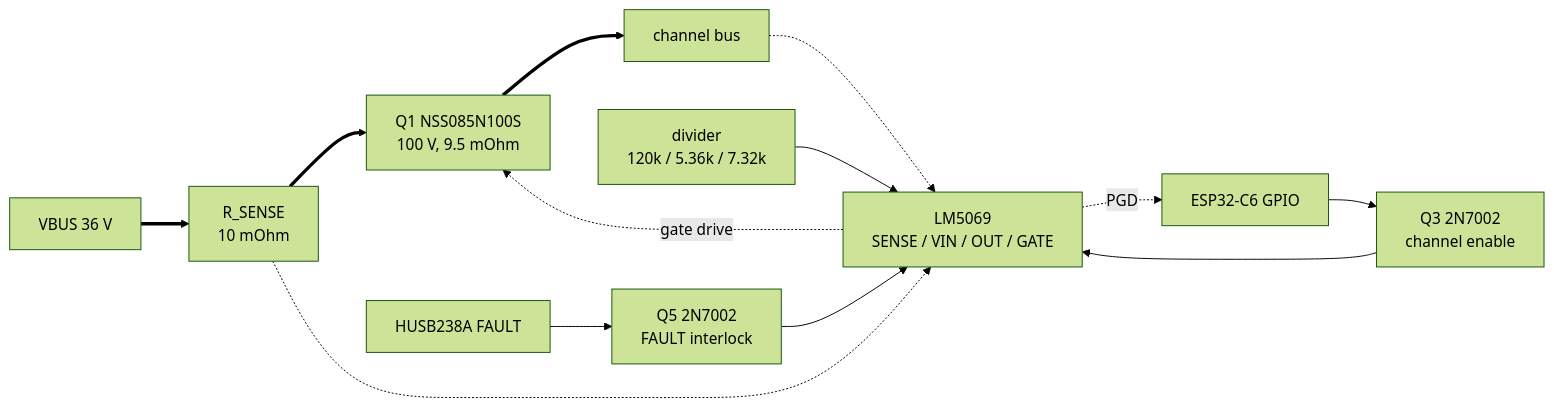
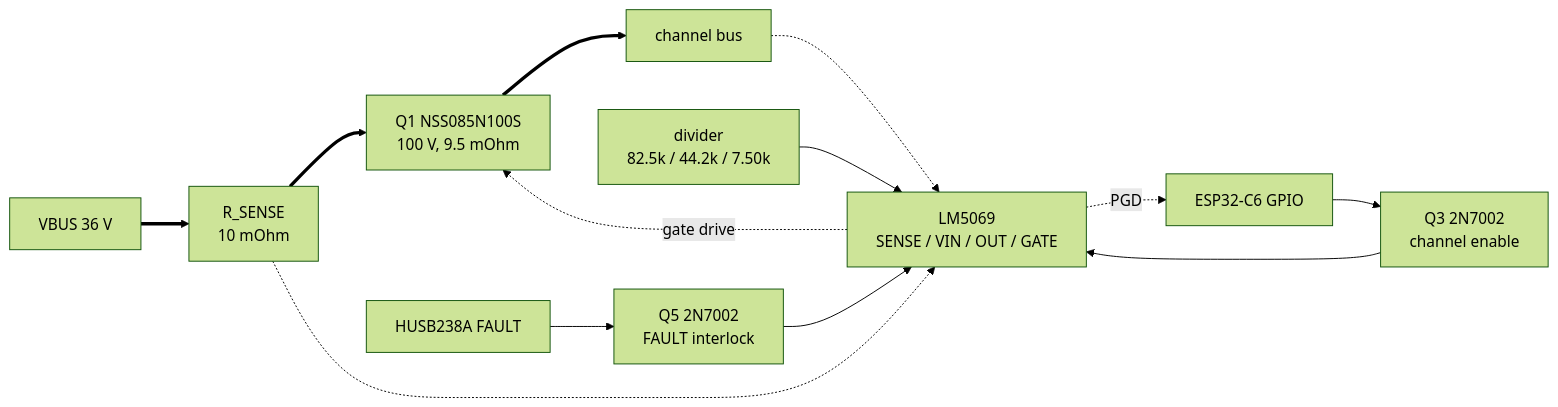
Before and after one commit to lucsoft/pcb-design: the fourth of 4 diagrams in designs/led-matrix-controller/README.md, drawn with Mermaid (forest theme). The commit also changed other lines of this file and 14 other files, not shown here.

````diff
--- a/designs/led-matrix-controller/README.md
+++ b/designs/led-matrix-controller/README.md
@@ -659,15 +663,15 @@
 ```mermaid
 flowchart LR
   VBUS[VBUS 36 V] ==> RS["R_SENSE<br/>10 mOhm"]
   RS ==> Q["Q1 NSS085N100S<br/>100 V, 9.5 mOhm"]
   Q ==> OUTN[channel bus]
   U["LM5069<br/>SENSE / VIN / OUT / GATE"] -. gate drive .-> Q
   RS -.-> U
   OUTN -.-> U
-  DIV["divider<br/>120k / 5.36k / 7.32k"] --> U
+  DIV["divider<br/>82.5k / 44.2k / 7.50k"] --> U
   MCU[ESP32-C6 GPIO] --> QE["Q3 2N7002<br/>channel enable"]
   FLT[HUSB238A FAULT] --> QF["Q5 2N7002<br/>FAULT interlock"]
   QE --> U
   QF --> U
   U -. PGD .-> MCU
 ```
````
